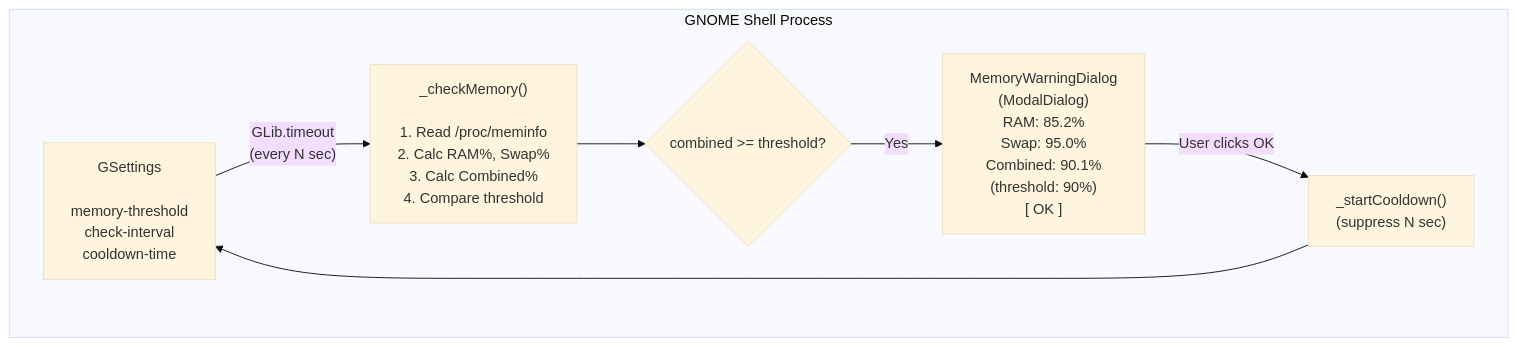
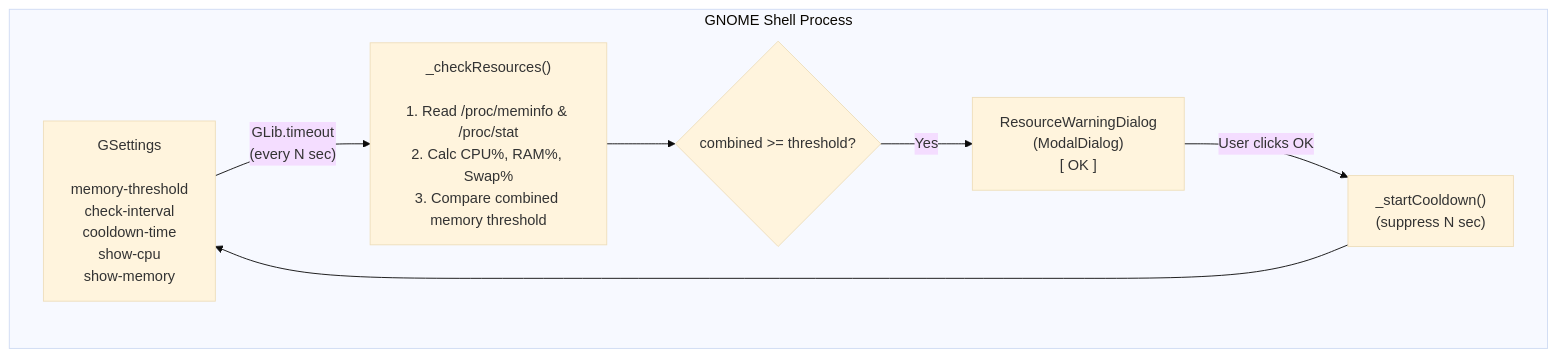
Before and after one commit to haiphamngoc-dev/memory-guard: the diagram in DEVELOPMENT.md, drawn with Mermaid (base theme). The commit also changed other lines of this file and 7 other files, not shown here.

First line of the commit message:
feat(extension): transition to Resource Guard and add CPU monitoring

````diff
--- a/DEVELOPMENT.md
+++ b/DEVELOPMENT.md
@@ -133,16 +72,16 @@
 ```mermaid
 graph TD
     subgraph GNOME["GNOME Shell Process"]
-        GS["GSettings</br></br>memory-threshold</br>check-interval</br>cooldown-time"]
-        CM["_checkMemory()</br></br>1. Read /proc/meminfo</br>2. Calc RAM%, Swap%</br>3. Calc Combined%</br>4. Compare threshold"]
+        GS["GSettings</br></br>memory-threshold</br>check-interval</br>cooldown-time</br>show-cpu</br>show-memory"]
+        CM["_checkResources()</br></br>1. Read /proc/meminfo & /proc/stat</br>2. Calc CPU%, RAM%, Swap%</br>3. Compare combined memory threshold"]
         THR{"combined >= threshold?"}
-        DLG["MemoryWarningDialog</br>(ModalDialog)</br>RAM:      85.2%</br>Swap:     95.0%</br>Combined: 90.1%</br>(threshold: 90%)</br>[ OK ]"]
+        DLG["ResourceWarningDialog</br>(ModalDialog)</br>[ OK ]"]
         CD["_startCooldown()</br>(suppress N sec)"]
 
         GS -- "GLib.timeout</br>(every N sec)" --> CM
         CM --> THR
         THR -- Yes --> DLG
         DLG -- "User clicks OK" --> CD
         CD --> GS
     end
 ```
````
